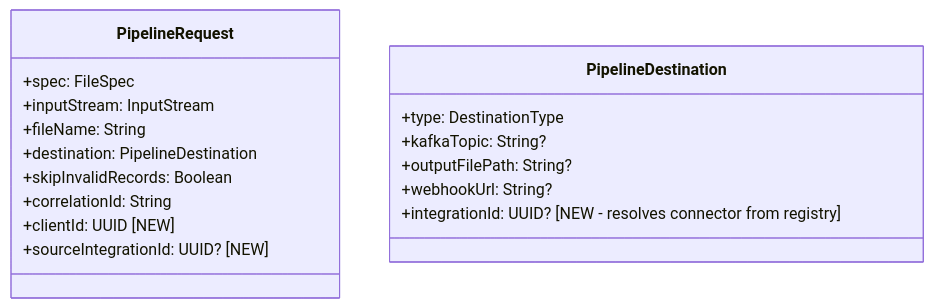
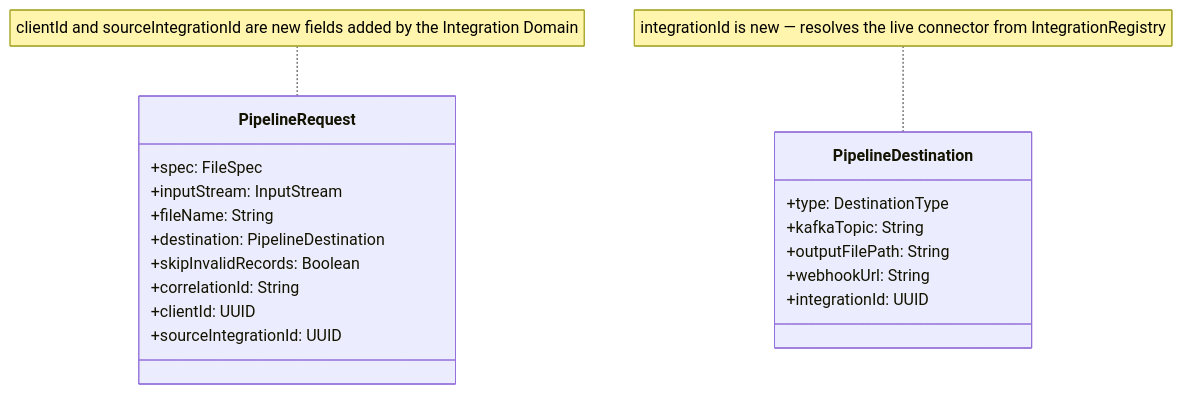
The third of 6 diagrams in website/docs/integration/pipeline-integration.md (avinashreddyoceans/transform-platform), drawn with Mermaid before and after one commit. The commit also changed other lines of this file and 5 other files, not shown here.

First line of the commit message:
fix(docs): fix Mermaid parse errors across all diagram pages

````diff
--- a/website/docs/integration/pipeline-integration.md
+++ b/website/docs/integration/pipeline-integration.md
@@ -69,21 +69,24 @@
 ```mermaid
 classDiagram
     class PipelineRequest {
         +spec: FileSpec
         +inputStream: InputStream
         +fileName: String
         +destination: PipelineDestination
         +skipInvalidRecords: Boolean
         +correlationId: String
-        +clientId: UUID [NEW]
-        +sourceIntegrationId: UUID? [NEW]
+        +clientId: UUID
+        +sourceIntegrationId: UUID
     }
 
     class PipelineDestination {
         +type: DestinationType
-        +kafkaTopic: String?
-        +outputFilePath: String?
-        +webhookUrl: String?
-        +integrationId: UUID? [NEW - resolves connector from registry]
+        +kafkaTopic: String
+        +outputFilePath: String
+        +webhookUrl: String
+        +integrationId: UUID
     }
+
+    note for PipelineRequest "clientId and sourceIntegrationId are new fields added by the Integration Domain"
+    note for PipelineDestination "integrationId is new — resolves the live connector from IntegrationRegistry"
 ```
````
